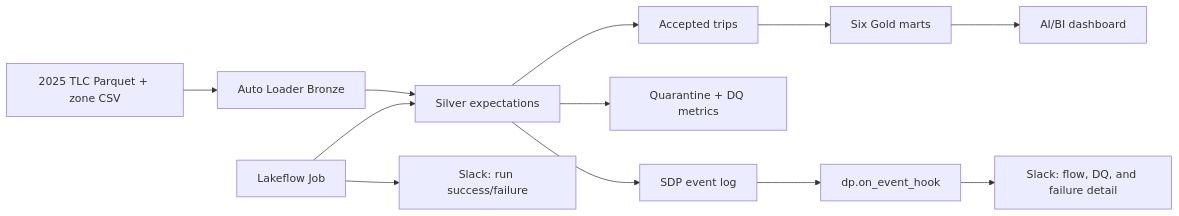
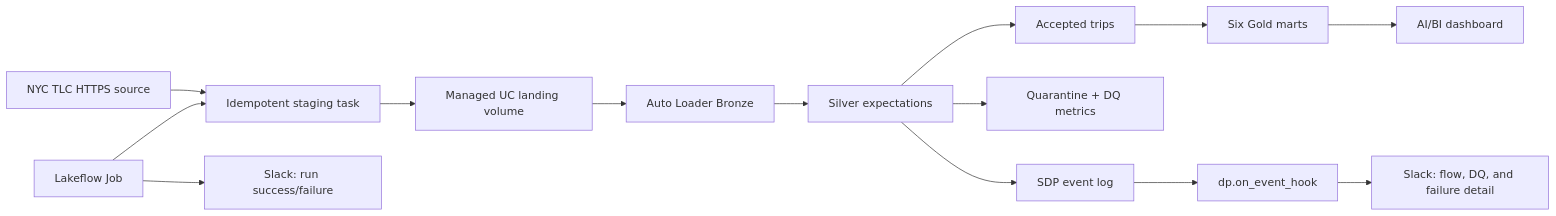
Before and after one commit to rishabhshastry/nyc-taxi-lakeflow-observability-demo: the diagram in README.md, drawn with Mermaid. The commit also changed other lines of this file and 8 other files, not shown here.

Commit message:
Add bundle-managed TLC data bootstrap

````diff
--- a/README.md
+++ b/README.md
@@ -9,14 +9,16 @@
 ```mermaid
 flowchart LR
-    A[2025 TLC Parquet + zone CSV] --> B[Auto Loader Bronze]
-    B --> C[Silver expectations]
-    C --> D[Accepted trips]
-    C --> E[Quarantine + DQ metrics]
-    D --> F[Six Gold marts]
-    F --> G[AI/BI dashboard]
-    H[Lakeflow Job] --> C
-    H --> I[Slack: run success/failure]
-    C --> J[SDP event log]
-    J --> K[dp.on_event_hook]
-    K --> L[Slack: flow, DQ, and failure detail]
+    A[NYC TLC HTTPS source] --> B[Idempotent staging task]
+    B --> C[Managed UC landing volume]
+    C --> D[Auto Loader Bronze]
+    D --> E[Silver expectations]
+    E --> F[Accepted trips]
+    E --> G[Quarantine + DQ metrics]
+    F --> H[Six Gold marts]
+    H --> I[AI/BI dashboard]
+    J[Lakeflow Job] --> B
+    J --> K[Slack: run success/failure]
+    E --> L[SDP event log]
+    L --> M[dp.on_event_hook]
+    M --> N[Slack: flow, DQ, and failure detail]
 ```
````
